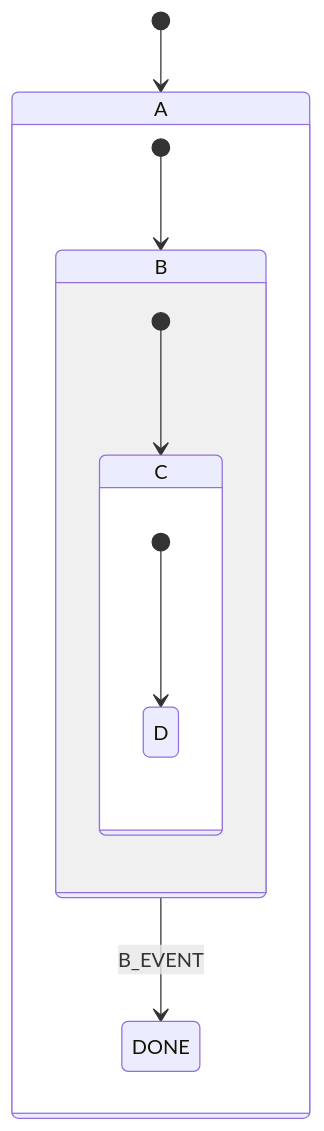
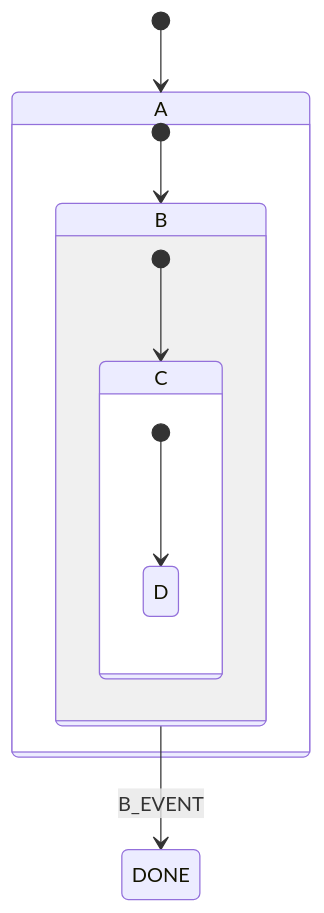
One commit to emmby/xstate-diagram changed the diagram in src/__snapshots__/deep_002.mermaid. Above: the diagram before and after it, drawn with Mermaid. The commit also changed 13 other files, not shown here.

```diff
--- a/src/__snapshots__/deep_002.mermaid
+++ b/src/__snapshots__/deep_002.mermaid
@@ -1,14 +1,15 @@
 stateDiagram-v2
   [*] --> root_A
   state "DONE" as root_DONE
   state "A" as root_A {
     [*] --> root_A_B
     state "B" as root_A_B {
       [*] --> root_A_B_C
       state "C" as root_A_B_C {
         [*] --> root_A_B_C_D
         state "D" as root_A_B_C_D
       }
     }
-    root_A_B --> root_DONE : B_EVENT
   }
+
+  root_A_B --> root_DONE : B_EVENT
```
